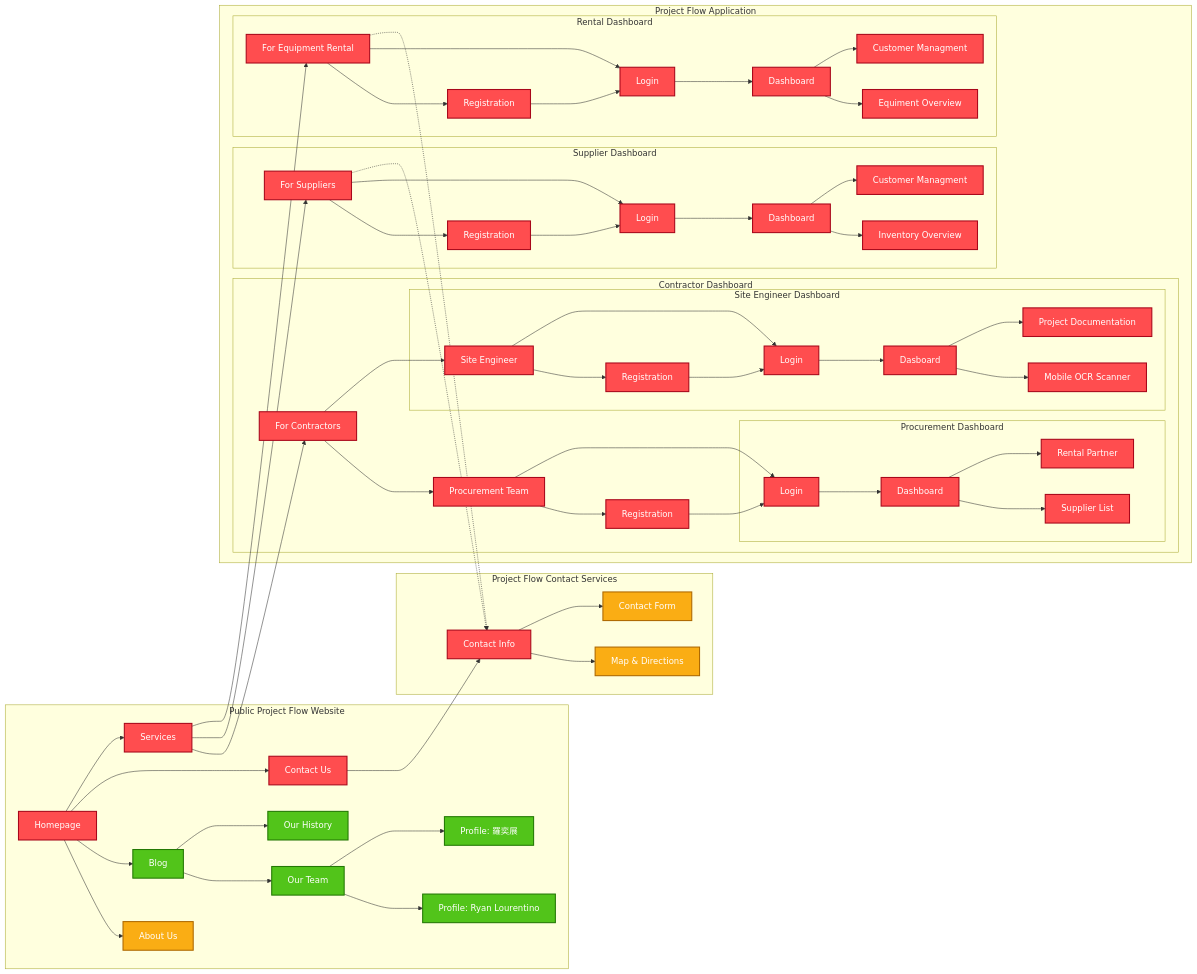
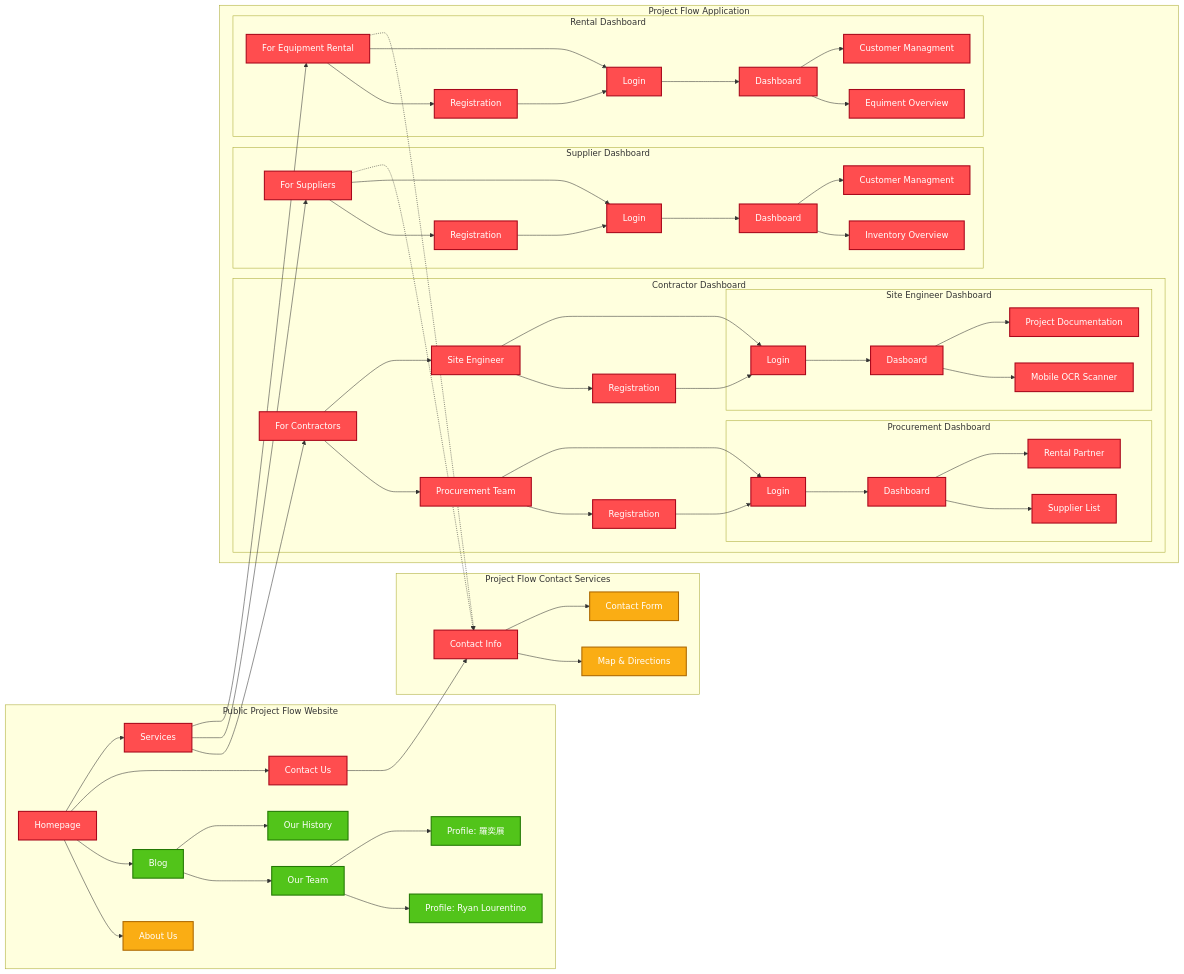
Before and after one commit to ryanlourentino/project-flow: the diagram in README.md, drawn with Mermaid. The commit also changed other lines of this file, not shown here.

```diff
--- a/README.md
+++ b/README.md
@@ -68,15 +76,17 @@
 
 			end
 
-			%% Site Engineer Dashboard
-			subgraph Site Engineer["Site Engineer Dashboard"]
 			SE1 --> SE2["Registration"]
 			SE1 --> SE3["Login"]
 			SE2 --> SE3
+
+			%% Site Engineer Dashboard
+			subgraph Site Engineer["Site Engineer Dashboard"]
 			SE3 --> SE4["Dasboard"]
 			SE4 --> SE5["Mobile OCR Scanner"]
 			SE4 --> SE6["Project Documentation"]
 			end
+
 		end
 
 		%% Supplier Homepage
```
